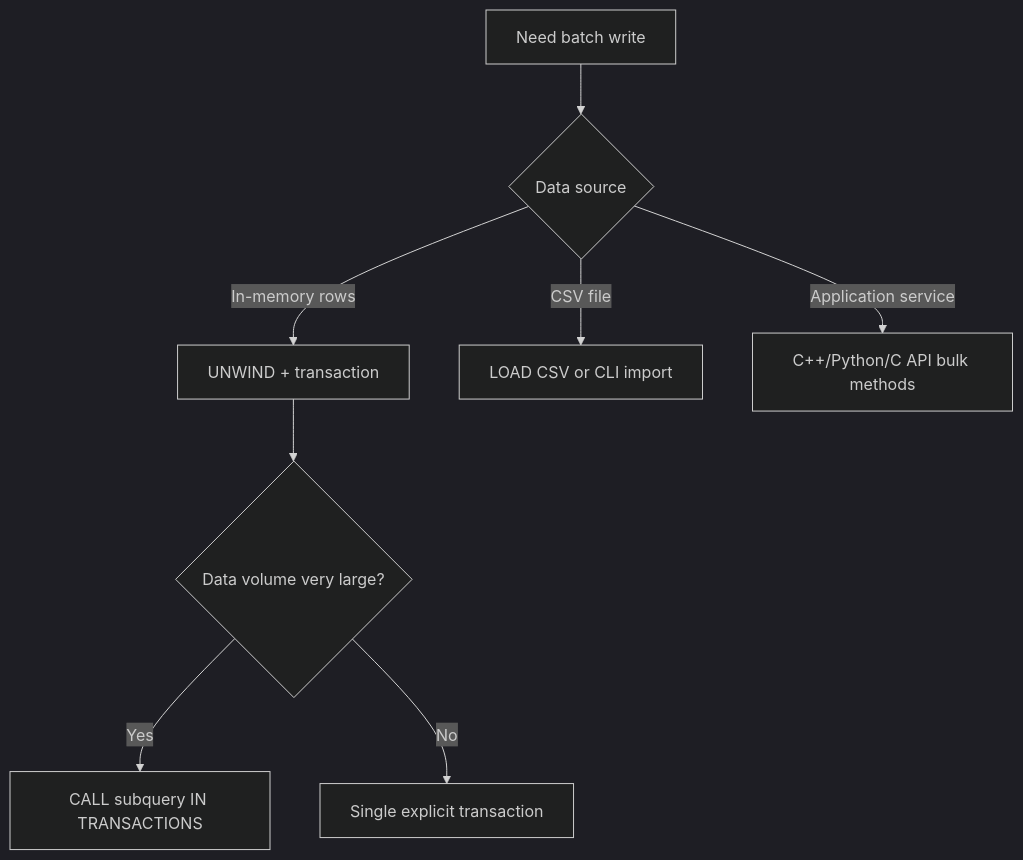
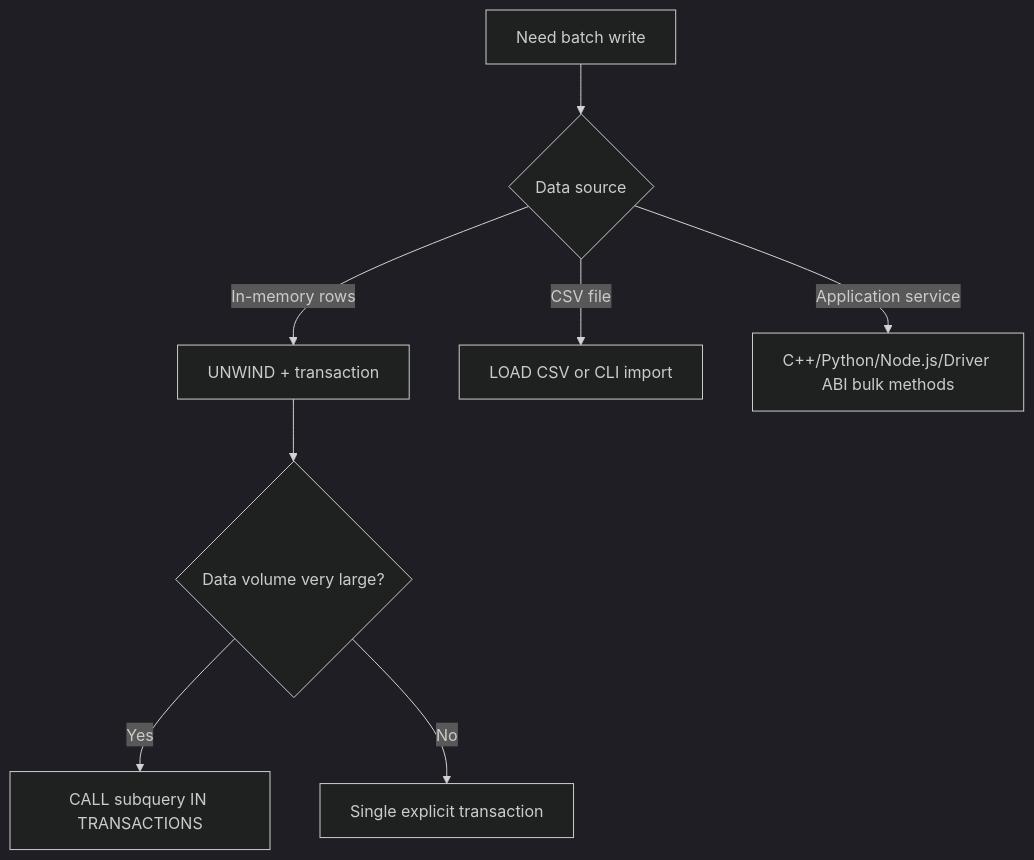
The diagram in docs/apps/docs/content/docs/en/zyx/user-guide/batch-operations.mdx (nexepic/zyx), drawn with Mermaid (dark theme) before and after one commit. The commit also changed 88 other files, not shown here.

First line of the commit message:
Replace legacy C API with Driver ABI bindings

````diff
--- a/docs/apps/docs/content/docs/en/zyx/user-guide/batch-operations.mdx
+++ b/docs/apps/docs/content/docs/en/zyx/user-guide/batch-operations.mdx
@@ -17,10 +17,10 @@
 ```mermaid
 flowchart TD
   A[Need batch write] --> B{Data source}
   B -->|In-memory rows| C[UNWIND + transaction]
   B -->|CSV file| D[LOAD CSV or CLI import]
-  B -->|Application service| E[C++/Python/C API bulk methods]
+  B -->|Application service| E[C++/Python/Node.js/Driver ABI bulk methods]
   C --> F{Data volume very large?}
   F -->|Yes| G[CALL subquery IN TRANSACTIONS]
   F -->|No| H[Single explicit transaction]
 ```
````
